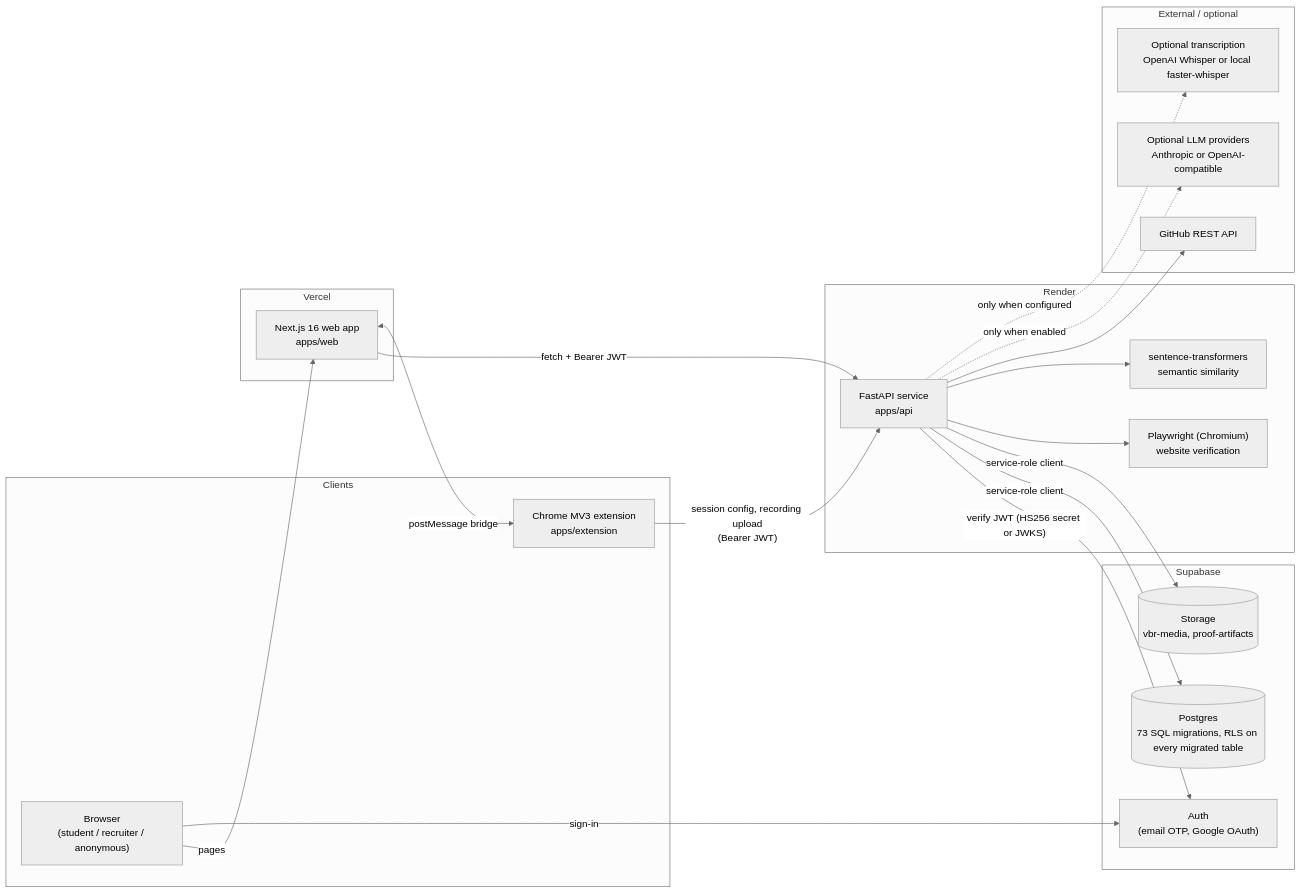
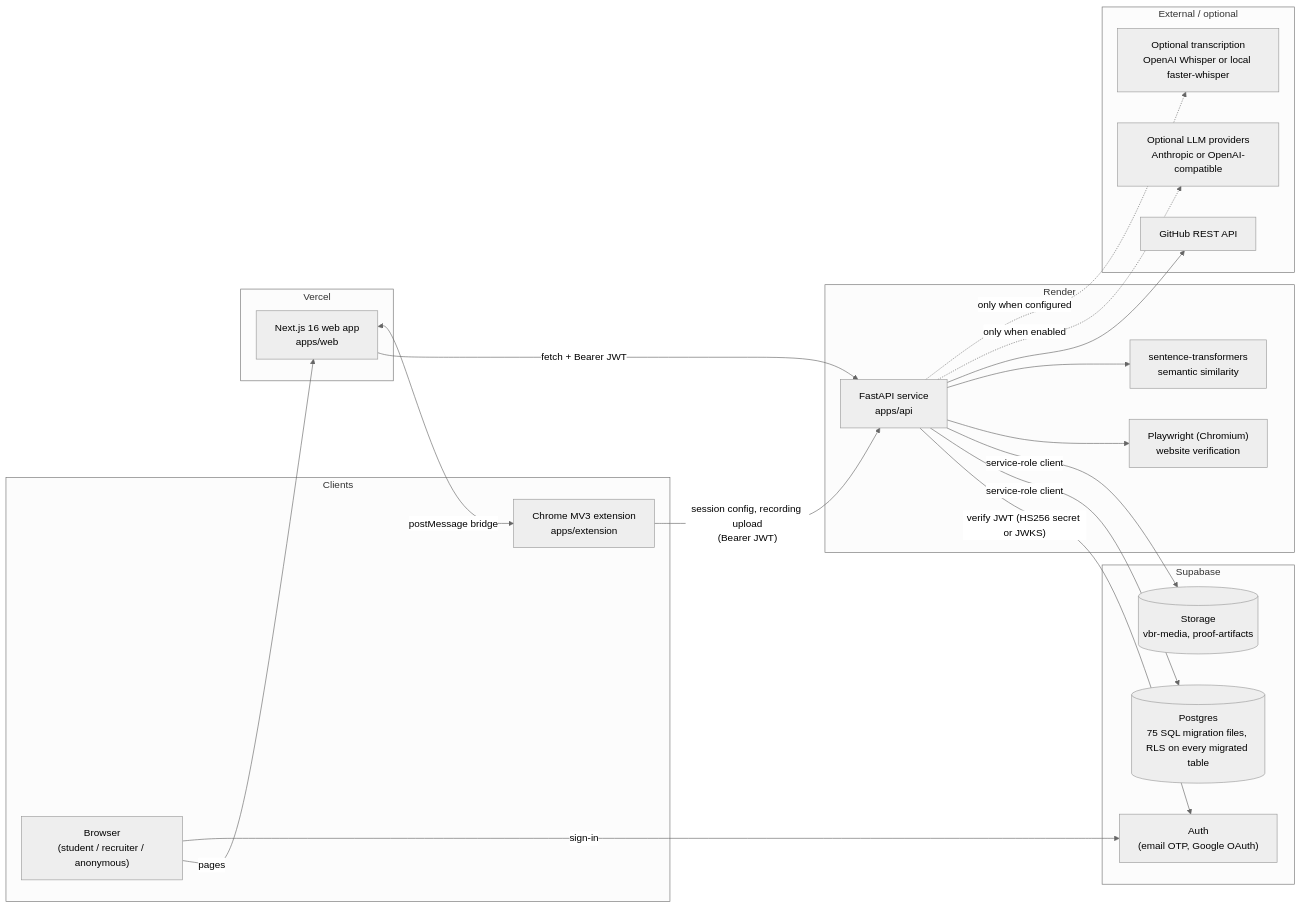
One commit to machackgo/veribridge-ai changed the first of 3 diagrams in docs/ARCHITECTURE.md. Above: the diagram before and after it, drawn with Mermaid (neutral theme). The commit also changed other lines of this file and 1 other file, not shown here.

First line of the commit message:
docs: describe the schema and storage as they are after the security merges

````diff
--- a/docs/ARCHITECTURE.md
+++ b/docs/ARCHITECTURE.md
@@ -8,43 +8,43 @@
 ```mermaid
 flowchart LR
   subgraph Clients
     B["Browser<br/>(student / recruiter / anonymous)"]
     X["Chrome MV3 extension<br/>apps/extension"]
   end
 
   subgraph Vercel
     W["Next.js 16 web app<br/>apps/web"]
   end
 
   subgraph Render
     A["FastAPI service<br/>apps/api"]
     PW["Playwright (Chromium)<br/>website verification"]
     ST["sentence-transformers<br/>semantic similarity"]
   end
 
   subgraph Supabase
     AUTH["Auth<br/>(email OTP, Google OAuth)"]
-    DB[("Postgres<br/>73 SQL migrations, RLS on every migrated table")]
+    DB[("Postgres<br/>75 SQL migration files, RLS on every migrated table")]
     S3[("Storage<br/>vbr-media, proof-artifacts")]
   end
 
   subgraph External["External / optional"]
     GH["GitHub REST API"]
     LLM["Optional LLM providers<br/>Anthropic or OpenAI-compatible"]
     TR["Optional transcription<br/>OpenAI Whisper or local faster-whisper"]
   end
 
   B -->|pages| W
   B -->|sign-in| AUTH
   W -->|"fetch + Bearer JWT"| A
   X -->|"session config, recording upload<br/>(Bearer JWT)"| A
   W <-->|"postMessage bridge"| X
   A -->|"verify JWT (HS256 secret or JWKS)"| AUTH
   A -->|"service-role client"| DB
   A -->|"service-role client"| S3
   A --> PW
   A --> ST
   A --> GH
   A -.->|"only when enabled"| LLM
   A -.->|"only when configured"| TR
 ```
````
